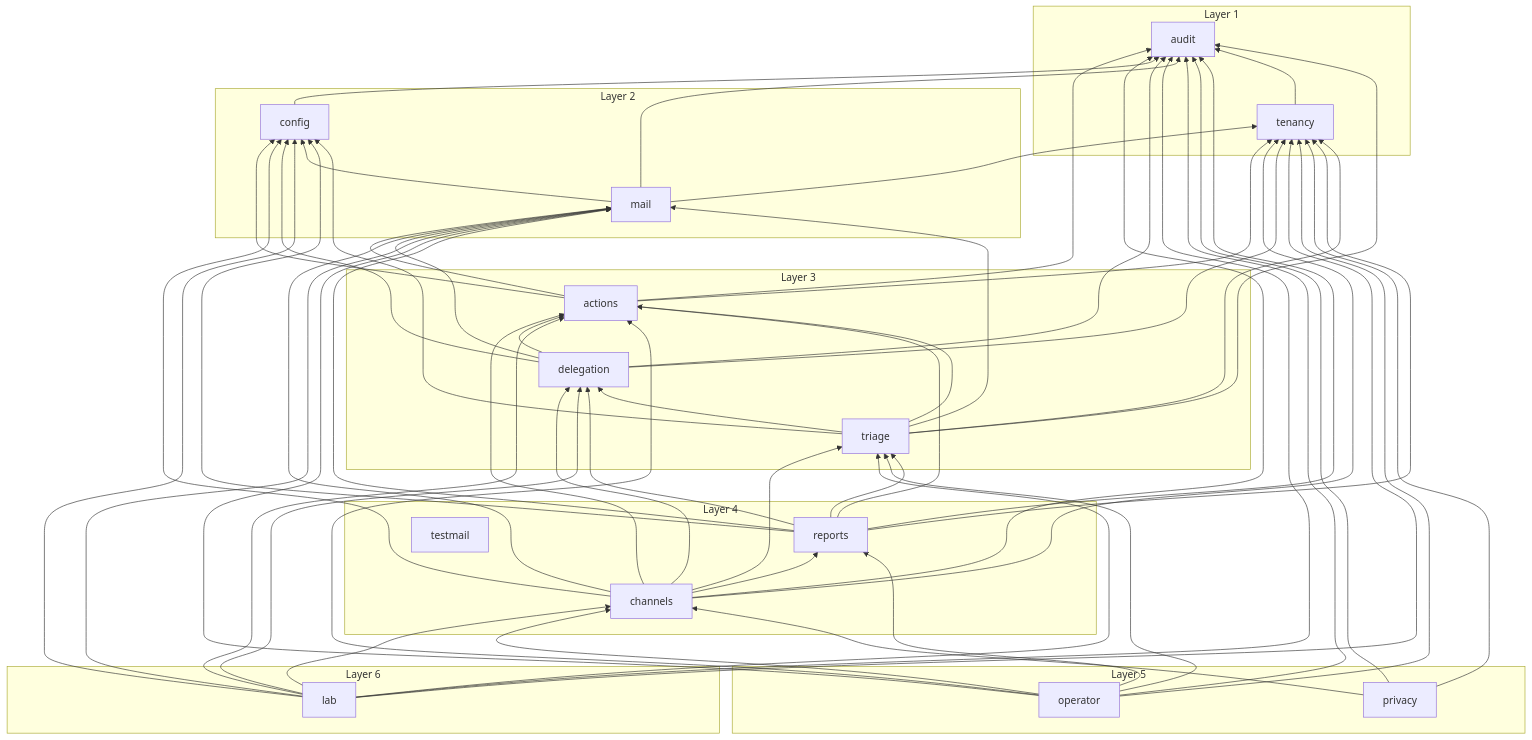
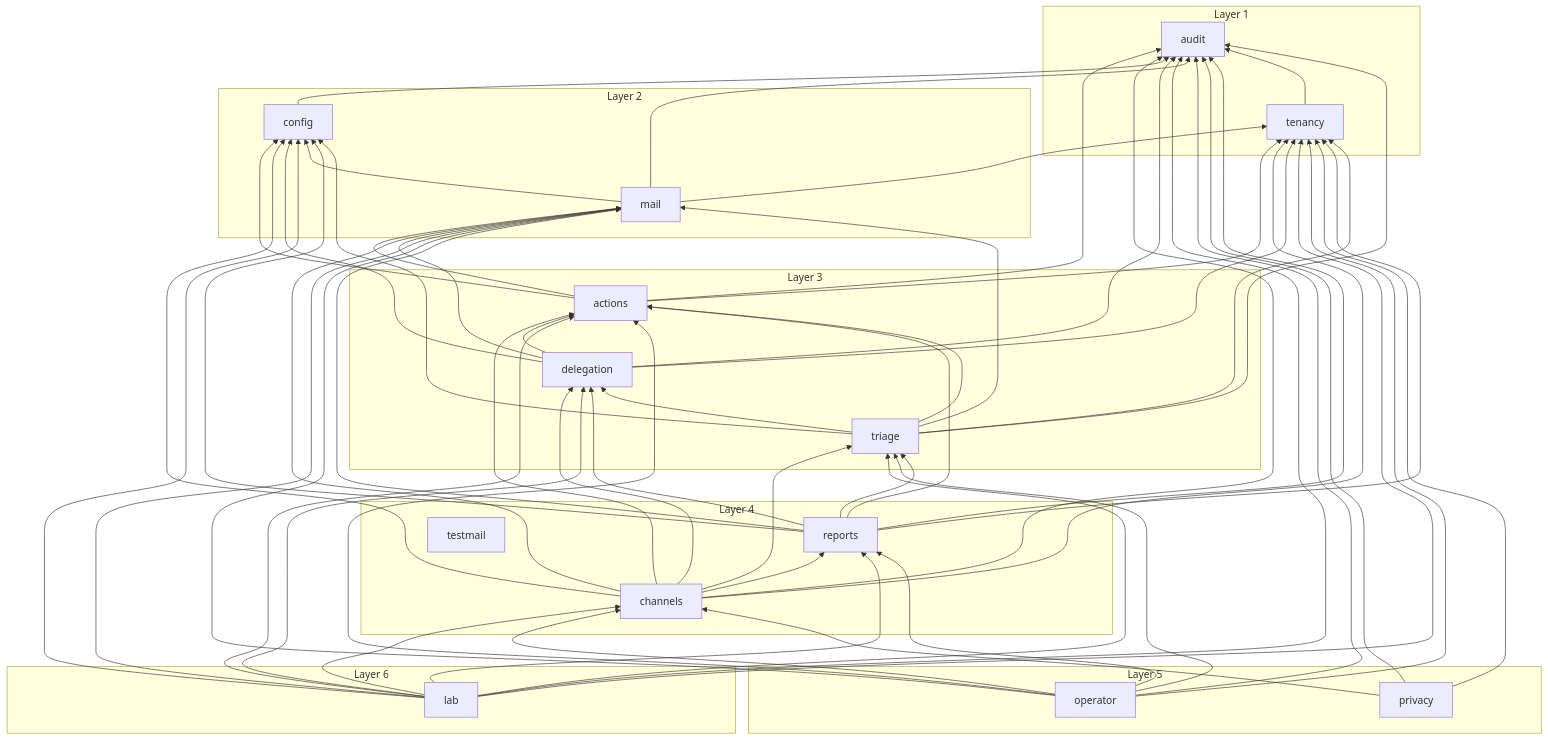
One commit to Artexs/email_assistant changed the diagram in docs/diagrams/module-graph.md. Above: the diagram before and after it, drawn with Mermaid. The commit also changed 1 other file, not shown here.

Commit message:
F113 stage 13: module graph (lab reads reports and delegation)

````diff
--- a/docs/diagrams/module-graph.md
+++ b/docs/diagrams/module-graph.md
@@ -7,81 +7,82 @@
 ```mermaid
 flowchart BT
   subgraph group1["Layer 1"]
     audit
     tenancy
   end
   subgraph group2["Layer 2"]
     config
     mail
   end
   subgraph group3["Layer 3"]
     triage
     actions
     delegation
   end
   subgraph group4["Layer 4"]
     reports
     channels
     testmail
   end
   subgraph group5["Layer 5"]
     operator
     privacy
   end
   subgraph group6["Layer 6"]
     lab
   end
   actions --> audit
   actions --> config
   actions --> mail
   actions --> tenancy
   channels --> actions
   channels --> audit
   channels --> config
   channels --> delegation
   channels --> mail
   channels --> reports
   channels --> tenancy
   channels --> triage
   config --> audit
   delegation --> actions
   delegation --> audit
   delegation --> config
   delegation --> mail
   delegation --> tenancy
   lab --> actions
   lab --> audit
   lab --> channels
   lab --> config
   lab --> delegation
   lab --> mail
+  lab --> reports
   lab --> tenancy
   lab --> triage
   mail --> audit
   mail --> config
   mail --> tenancy
   operator --> actions
   operator --> audit
   operator --> channels
   operator --> mail
   operator --> reports
   operator --> tenancy
   operator --> triage
   privacy --> audit
   privacy --> channels
   privacy --> tenancy
   reports --> actions
   reports --> audit
   reports --> config
   reports --> delegation
   reports --> mail
   reports --> tenancy
   reports --> triage
   tenancy --> audit
   triage --> actions
   triage --> audit
   triage --> config
   triage --> delegation
   triage --> mail
   triage --> tenancy
 ```
````
